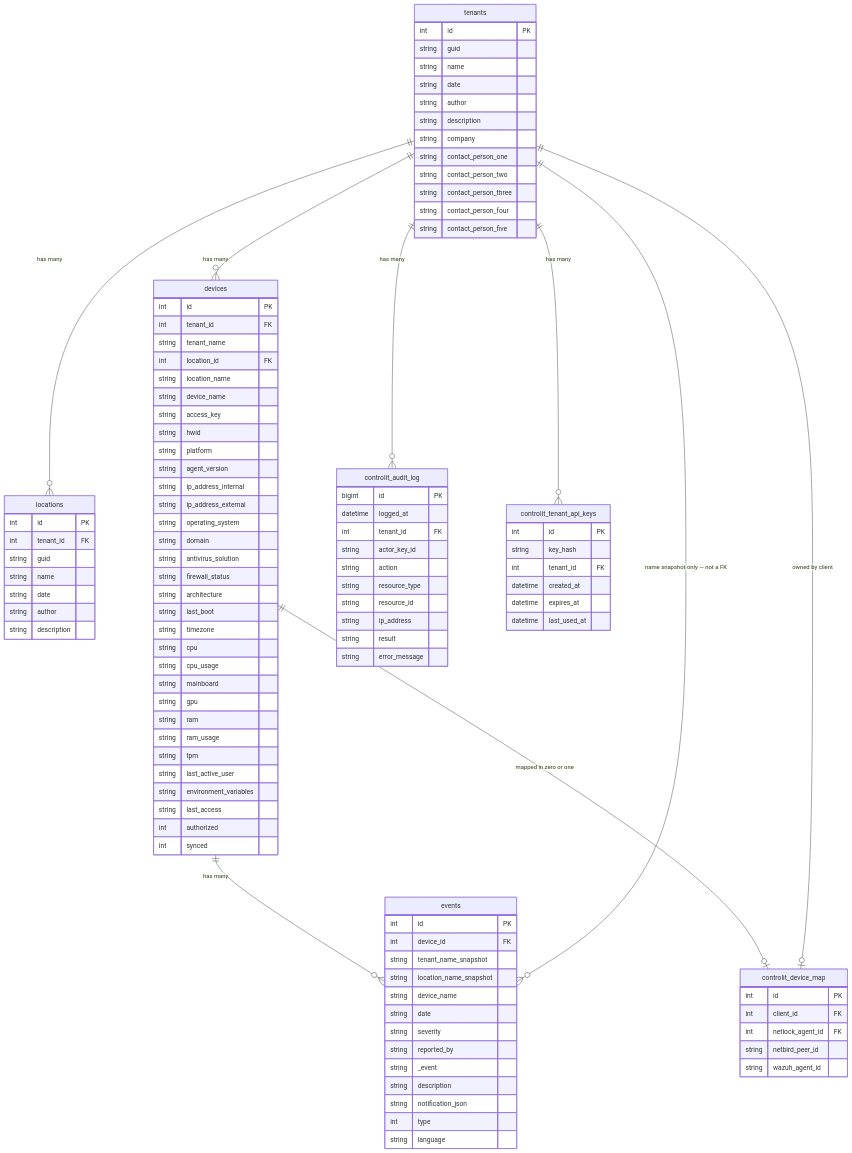
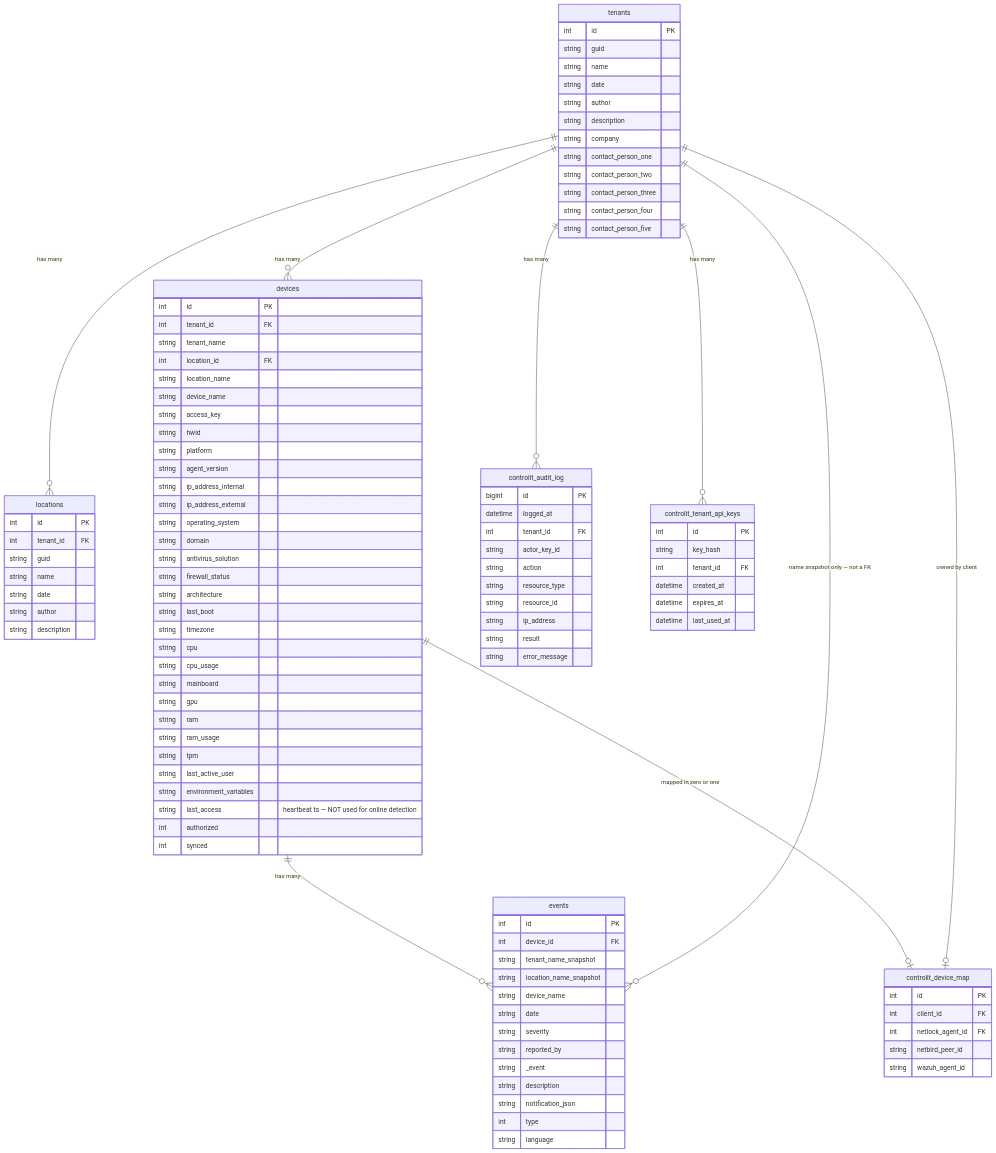
The diagram in diagrams/er-01-netlockrmm.md (mahir-m01/NetLock-RMM-API-Layer), drawn with Mermaid before and after one commit. The commit also changed 13 other files, not shown here.

```diff
--- a/diagrams/er-01-netlockrmm.md
+++ b/diagrams/er-01-netlockrmm.md
@@ -70,7 +70,7 @@
         string  tpm
         string  last_active_user
         string  environment_variables
-        string  last_access
+        string  last_access              "heartbeat ts — NOT used for online detection"
         int     authorized
         int     synced
     }
```
